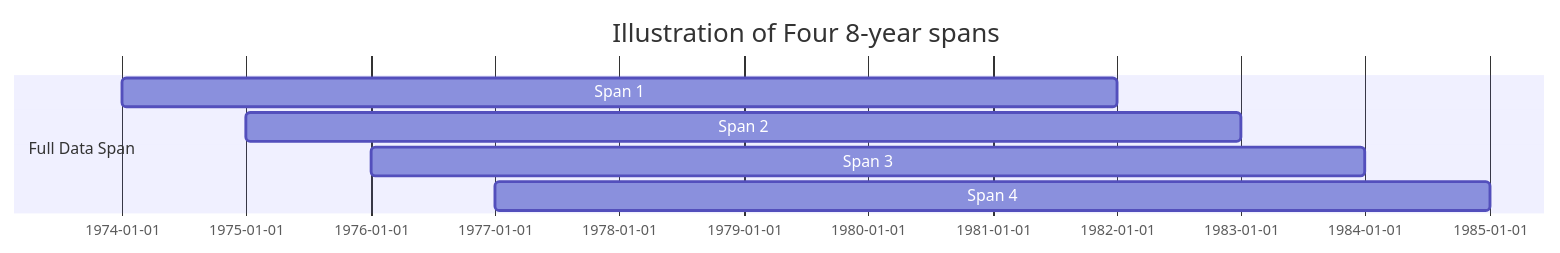
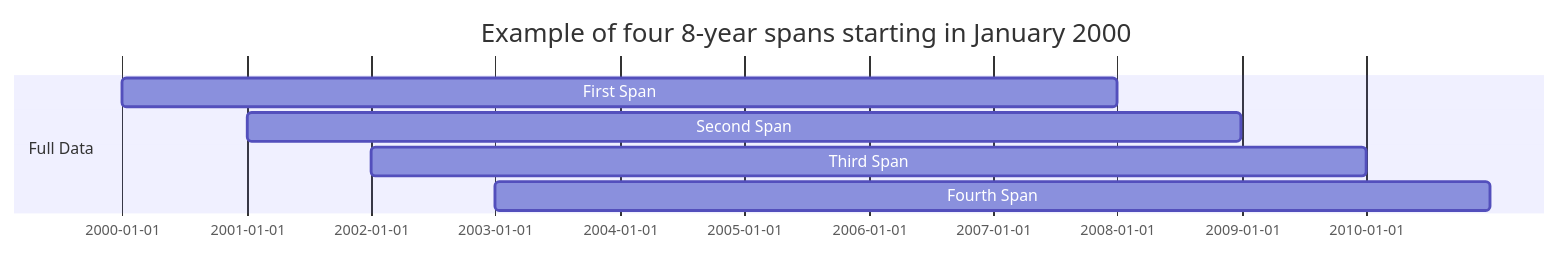
One commit to christophsax/seasonalbook.content changed the diagram in 51-quality-measures.qmd. Above: the diagram before and after it, drawn with Mermaid. The commit also changed other lines of this file and 2 other files, not shown here.

````diff
--- a/51-quality-measures.qmd
+++ b/51-quality-measures.qmd
@@ -119,10 +133,10 @@
 ```{mermaid}
 gantt
-  title Illustration of Four 8-year spans
-  dateFormat YYYY-MM
-  section Full Data Span
-  Span 1 : des1, 1974-01, 8y
-  Span 2 : des2, 1975-01, 8y
-  Span 3 : des3, 1976-01, 8y
-  Span 4 : des4, 1977-01, 8y
+    title Example of four 8-year spans starting in January 2000
+    dateFormat  YYYY-MM-DD
+    section Full Data 
+    First Span       :a1, 2000-01-01, 2920d
+    Second Span     :a2, 2001-01-01, 2920d
+    Third Span :a3, 2002-01-01, 2920d
+    Fourth Span :a4, 2003-01-01, 2920d
 ```
````
